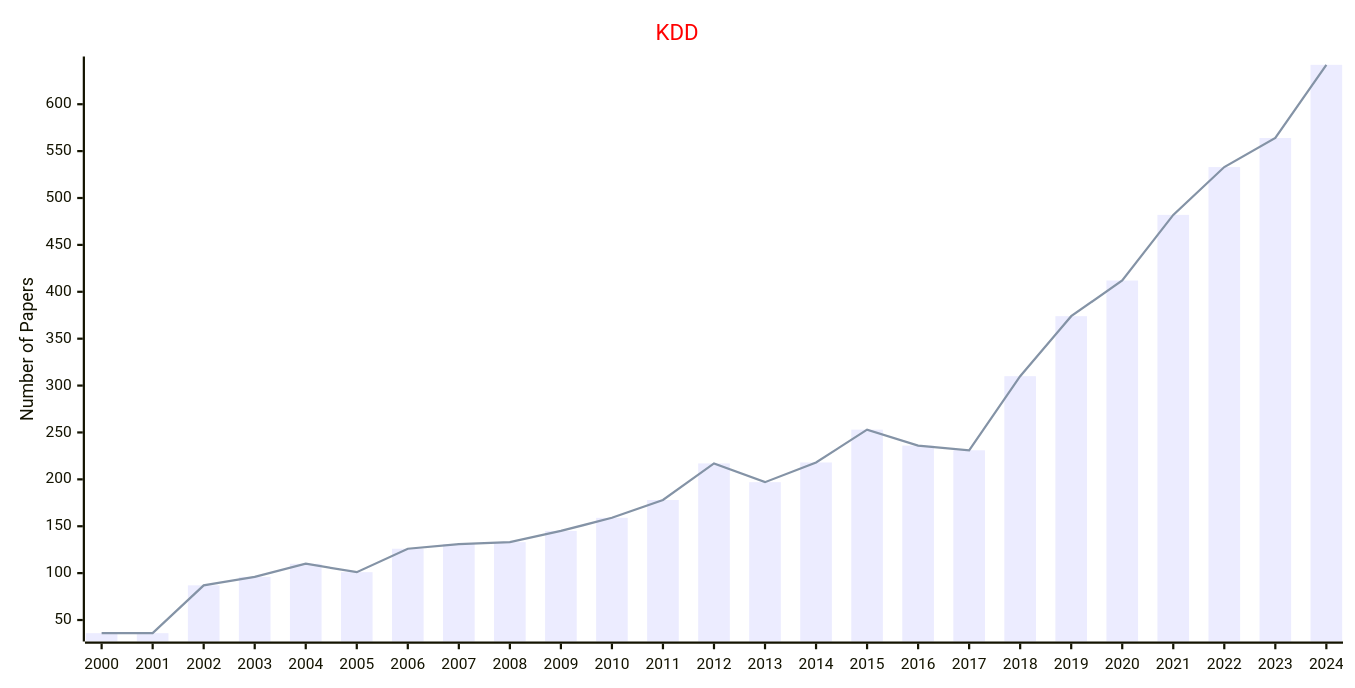
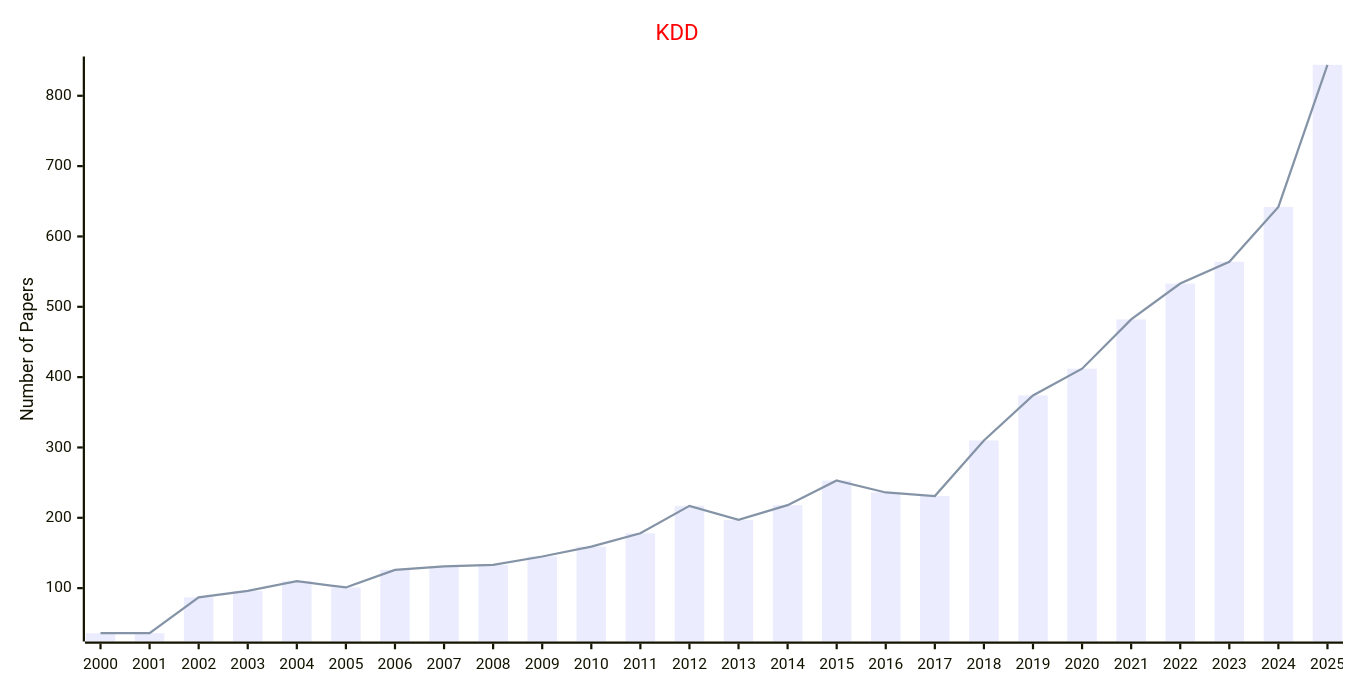
One commit to NextArtifIntell/AILinks changed the diagram in docs/data/Conferences/Statistics_Conferences/Data_Mining.md. Above: the diagram before and after it, drawn with Mermaid. The commit also changed 13 other files, not shown here.

````diff
--- a/docs/data/Conferences/Statistics_Conferences/Data_Mining.md
+++ b/docs/data/Conferences/Statistics_Conferences/Data_Mining.md
@@ -9,17 +9,17 @@
 ```mermaid
 ---
 config:
     xyChart:
         width: 1200
         height: 600
     themeVariables:
         xyChart:
             titleColor: "#ff0000"
 ---
 xychart-beta
     title "KDD"
-    x-axis [2000, 2001, 2002, 2003, 2004, 2005, 2006, 2007, 2008, 2009, 2010, 2011, 2012, 2013, 2014, 2015, 2016, 2017, 2018, 2019, 2020, 2021, 2022, 2023, 2024]
+    x-axis [2000, 2001, 2002, 2003, 2004, 2005, 2006, 2007, 2008, 2009, 2010, 2011, 2012, 2013, 2014, 2015, 2016, 2017, 2018, 2019, 2020, 2021, 2022, 2023, 2024, 2025]
     y-axis "Number of Papers"
-    bar [36, 36, 87, 96, 110, 101, 126, 131, 133, 145, 159, 178, 217, 197, 218, 253, 236, 231, 310, 374, 412, 482, 533, 564, 642]
-    line [36, 36, 87, 96, 110, 101, 126, 131, 133, 145, 159, 178, 217, 197, 218, 253, 236, 231, 310, 374, 412, 482, 533, 564, 642]
+    bar [36, 36, 87, 96, 110, 101, 126, 131, 133, 145, 159, 178, 217, 197, 218, 253, 236, 231, 310, 374, 412, 482, 533, 564, 642, 844]
+    line [36, 36, 87, 96, 110, 101, 126, 131, 133, 145, 159, 178, 217, 197, 218, 253, 236, 231, 310, 374, 412, 482, 533, 564, 642, 844]
 ```
````
